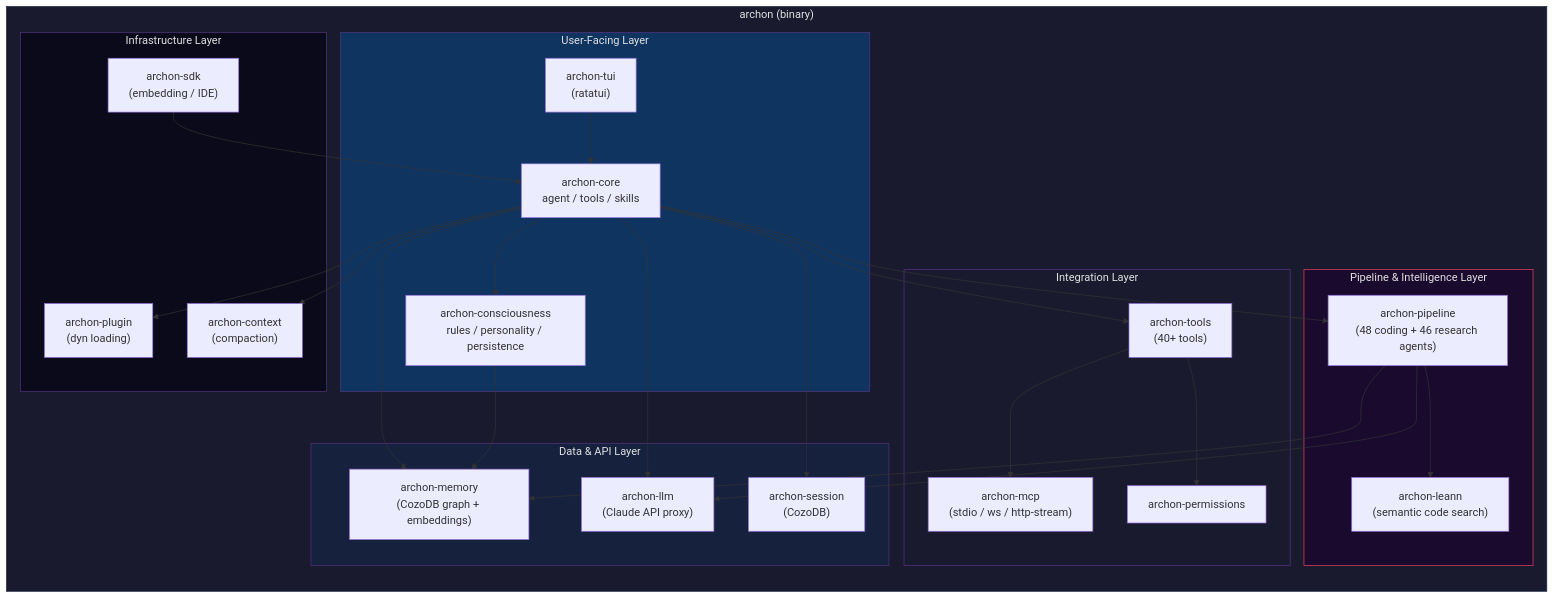
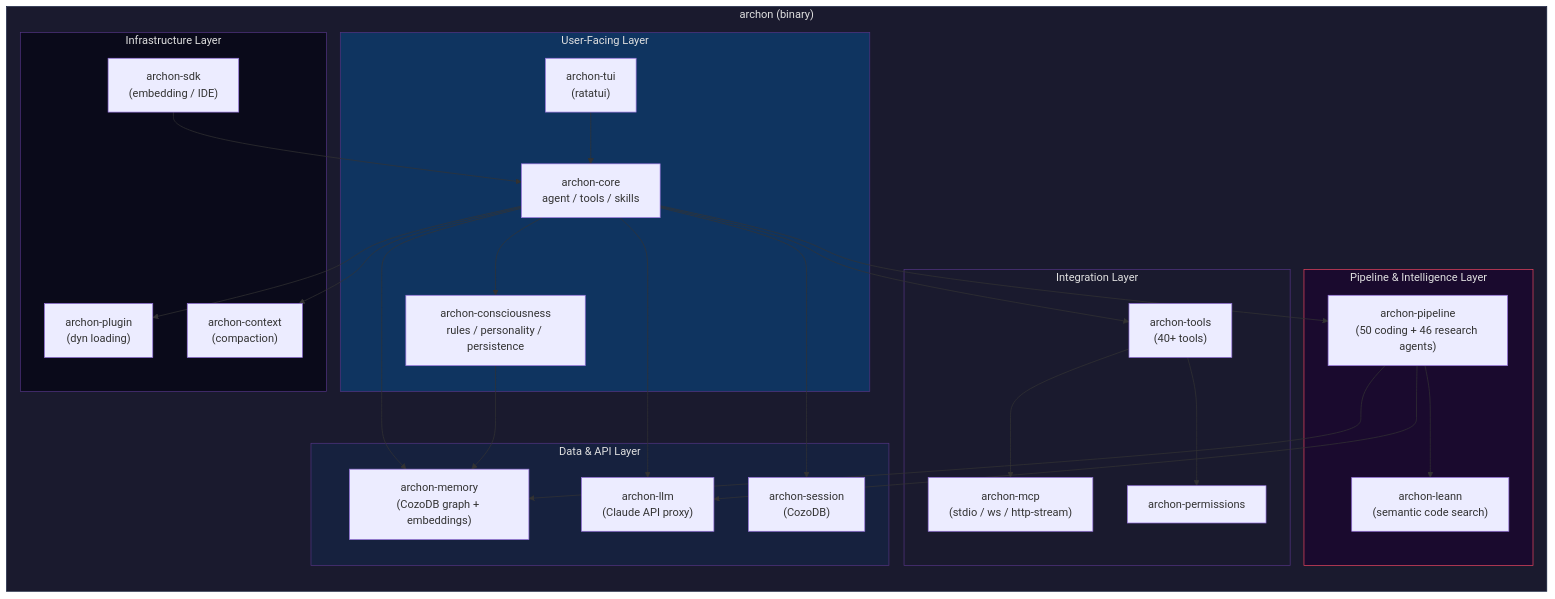
The first of 15 diagrams in README.md (ste-bah/archon-cli), drawn with Mermaid before and after one commit. The commit also changed other lines of this file and 77 other files, not shown here.

````diff
--- a/README.md
+++ b/README.md
@@ -111,54 +116,54 @@
 ```mermaid
 graph TB
     subgraph binary["archon (binary)"]
         direction TB
         subgraph top["User-Facing Layer"]
             TUI["archon-tui<br/>(ratatui)"]
             CORE["archon-core<br/>agent / tools / skills"]
             CONSC["archon-consciousness<br/>rules / personality / persistence"]
         end
         subgraph mid["Data & API Layer"]
             SESSION["archon-session<br/>(CozoDB)"]
             MEMORY["archon-memory<br/>(CozoDB graph + embeddings)"]
             LLM["archon-llm<br/>(Claude API proxy)"]
         end
         subgraph bottom["Integration Layer"]
             MCP["archon-mcp<br/>(stdio / ws / http-stream)"]
             PERMS["archon-permissions"]
             TOOLS["archon-tools<br/>(40+ tools)"]
         end
         subgraph pipeline["Pipeline & Intelligence Layer"]
-            PIPE["archon-pipeline<br/>(48 coding + 46 research agents)"]
+            PIPE["archon-pipeline<br/>(50 coding + 46 research agents)"]
             LEANN["archon-leann<br/>(semantic code search)"]
         end
         subgraph infra["Infrastructure Layer"]
             PLUGIN["archon-plugin<br/>(dyn loading)"]
             SDK["archon-sdk<br/>(embedding / IDE)"]
             CTX["archon-context<br/>(compaction)"]
         end
     end
 
     TUI --> CORE
     CORE --> CONSC
     CORE --> MEMORY
     CORE --> LLM
     CORE --> TOOLS
     CORE --> SESSION
     CORE --> PIPE
     PIPE --> LLM
     PIPE --> LEANN
     PIPE --> MEMORY
     CONSC --> MEMORY
     TOOLS --> MCP
     TOOLS --> PERMS
     CORE --> CTX
     CORE --> PLUGIN
     SDK --> CORE
 
     style binary fill:#1a1a2e,stroke:#16213e,color:#e0e0e0
     style top fill:#0f3460,stroke:#533483,color:#e0e0e0
     style mid fill:#16213e,stroke:#533483,color:#e0e0e0
     style bottom fill:#1a1a2e,stroke:#533483,color:#e0e0e0
     style pipeline fill:#1a0a2e,stroke:#e94560,color:#e0e0e0
     style infra fill:#0a0a1a,stroke:#533483,color:#e0e0e0
 ```
````
